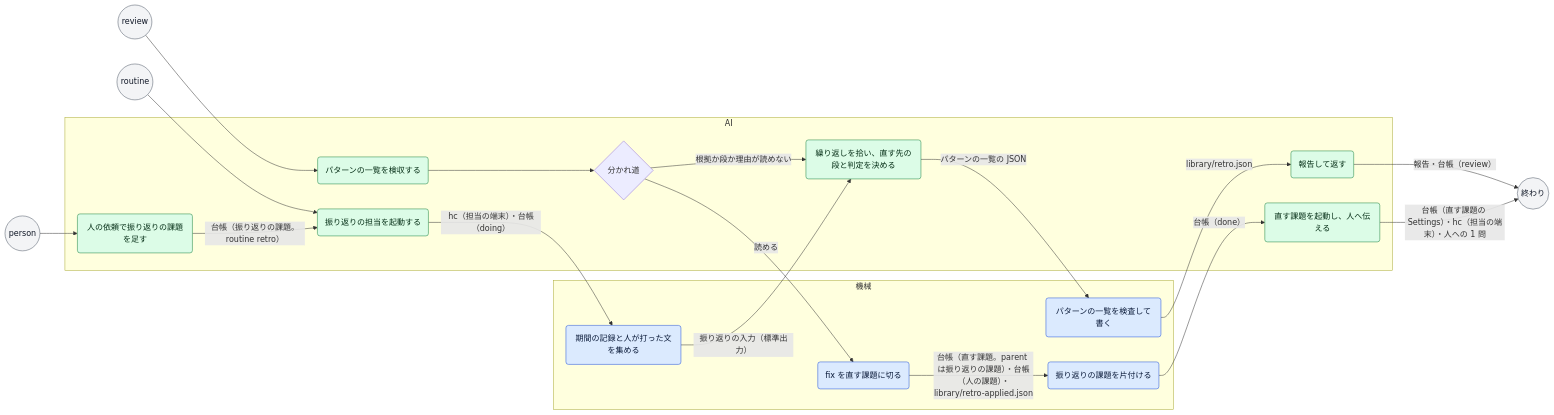
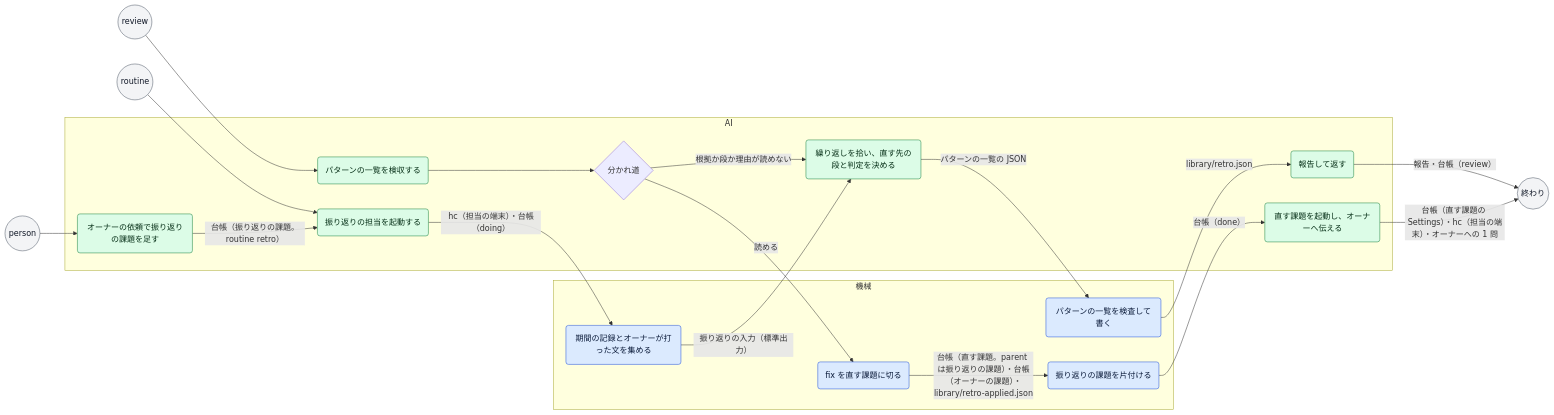
Before and after one commit to mitaku/andon: the diagram in docs/process/retrospective.md, drawn with Mermaid. The commit also changed other lines of this file and 31 other files, not shown here.

````diff
--- a/docs/process/retrospective.md
+++ b/docs/process/retrospective.md
@@ -17,41 +17,41 @@
 ```mermaid
 flowchart LR
   classDef machine fill:#dbeafe,stroke:#1d4ed8,color:#0b1b3a
   classDef ai fill:#dcfce7,stroke:#15803d,color:#052e16
   classDef person fill:#fef3c7,stroke:#b45309,color:#3b1d02
   classDef event fill:#f3f4f6,stroke:#4b5563,color:#111827
   t_routine(("routine")):::event
   t_person(("person")):::event
   t_review(("review")):::event
   subgraph lane_machine["機械"]
-    s_collect("期間の記録と人が打った文を集める"):::machine
+    s_collect("期間の記録とオーナーが打った文を集める"):::machine
     s_write("パターンの一覧を検査して書く"):::machine
     s_apply("fix を直す課題に切る"):::machine
     s_finish("振り返りの課題を片付ける"):::machine
   end
   subgraph lane_ai["AI"]
-    s_add("人の依頼で振り返りの課題を足す"):::ai
+    s_add("オーナーの依頼で振り返りの課題を足す"):::ai
     s_start("振り返りの担当を起動する"):::ai
     s_find("繰り返しを拾い、直す先の段と判定を決める"):::ai
     s_report("報告して返す"):::ai
     s_check("パターンの一覧を検収する"):::ai
     g_check{"分かれ道"}
-    s_follow("直す課題を起動し、人へ伝える"):::ai
+    s_follow("直す課題を起動し、オーナーへ伝える"):::ai
   end
   t_routine --> s_start
   t_person --> s_add
   t_review --> s_check
   s_add -->|"台帳（振り返りの課題。routine retro）"| s_start
   s_start -->|"hc（担当の端末）・台帳（doing）"| s_collect
   s_collect -->|"振り返りの入力（標準出力）"| s_find
   s_find -->|"パターンの一覧の JSON"| s_write
   s_write -->|"library/retro.json"| s_report
   s_report -->|"報告・台帳（review）"| fin
   s_check --> g_check
   g_check -->|"根拠か段か理由が読めない"| s_find
   g_check -->|"読める"| s_apply
-  s_apply -->|"台帳（直す課題。parent は振り返りの課題）・台帳（人の課題）・library/retro-applied.json"| s_finish
+  s_apply -->|"台帳（直す課題。parent は振り返りの課題）・台帳（オーナーの課題）・library/retro-applied.json"| s_finish
   s_finish -->|"台帳（done）"| s_follow
-  s_follow -->|"台帳（直す課題の Settings）・hc（担当の端末）・人への 1 問"| fin
+  s_follow -->|"台帳（直す課題の Settings）・hc（担当の端末）・オーナーへの 1 問"| fin
   fin(("終わり")):::event
 ```
````
